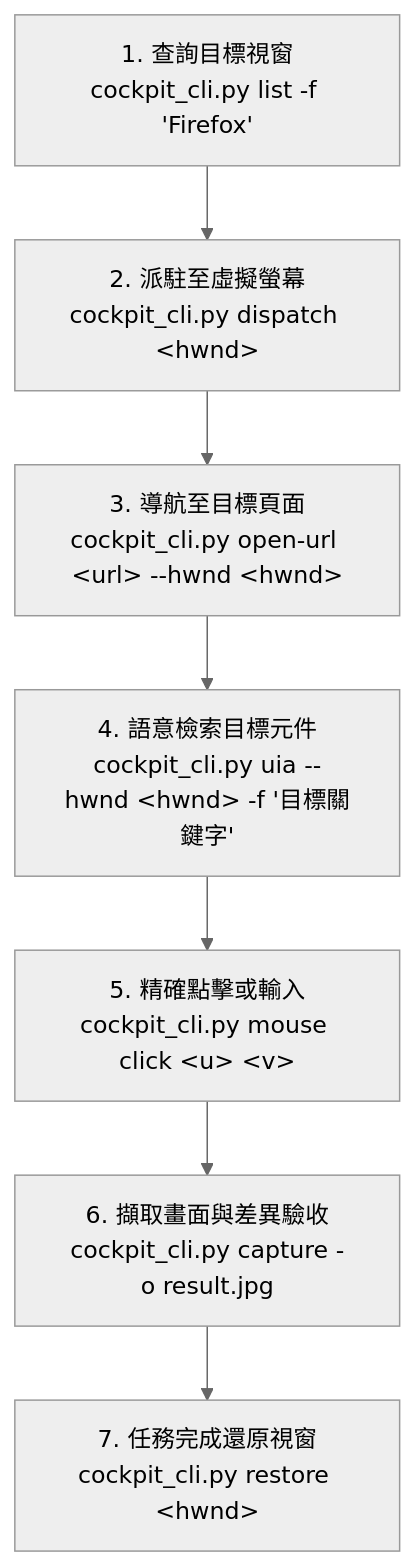
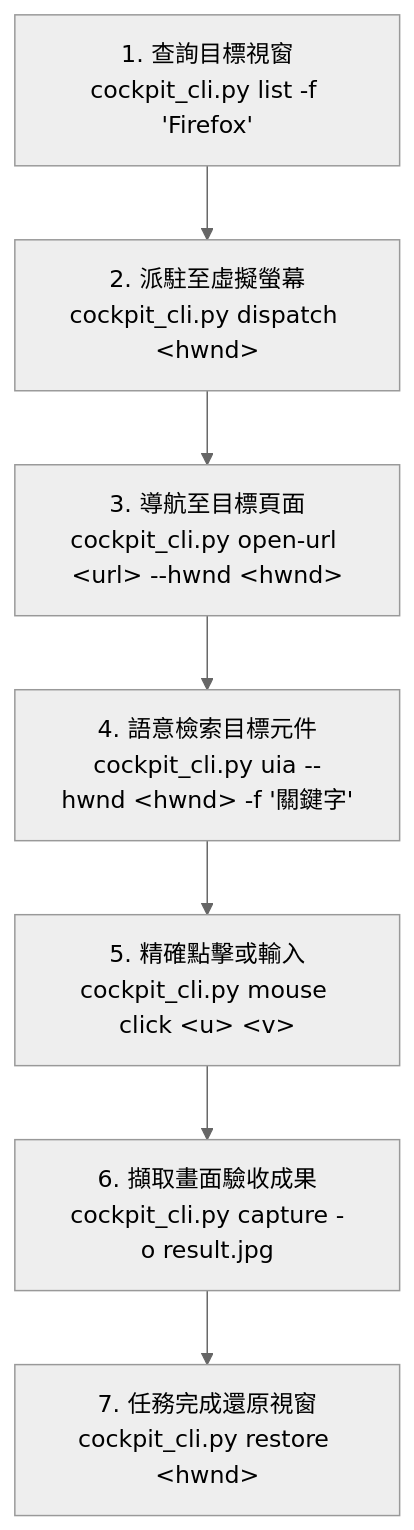
One commit to arco651749/antigravity-desktop-cockpit changed the diagram in skills/desktop-cockpit/SKILL.md. Above: the diagram before and after it, drawn with Mermaid (neutral theme). The commit also changed other lines of this file, not shown here.

Commit message:
docs(skill): streamline SKILL.md to be 100% agent-centric by focusing purely on CLI workflows

````diff
--- a/skills/desktop-cockpit/SKILL.md
+++ b/skills/desktop-cockpit/SKILL.md
@@ -95,9 +72,9 @@
 ```mermaid
 flowchart TD
     S1["1. 查詢目標視窗<br/>cockpit_cli.py list -f 'Firefox'"] --> S2["2. 派駐至虛擬螢幕<br/>cockpit_cli.py dispatch &lt;hwnd&gt;"]
     S2 --> S3["3. 導航至目標頁面<br/>cockpit_cli.py open-url &lt;url&gt; --hwnd &lt;hwnd&gt;"]
-    S3 --> S4["4. 語意檢索目標元件<br/>cockpit_cli.py uia --hwnd &lt;hwnd&gt; -f '目標關鍵字'"]
+    S3 --> S4["4. 語意檢索目標元件<br/>cockpit_cli.py uia --hwnd &lt;hwnd&gt; -f '關鍵字'"]
     S4 --> S5["5. 精確點擊或輸入<br/>cockpit_cli.py mouse click &lt;u&gt; &lt;v&gt;"]
-    S5 --> S6["6. 擷取畫面與差異驗收<br/>cockpit_cli.py capture -o result.jpg"]
+    S5 --> S6["6. 擷取畫面驗收成果<br/>cockpit_cli.py capture -o result.jpg"]
     S6 --> S7["7. 任務完成還原視窗<br/>cockpit_cli.py restore &lt;hwnd&gt;"]
 ```
````
